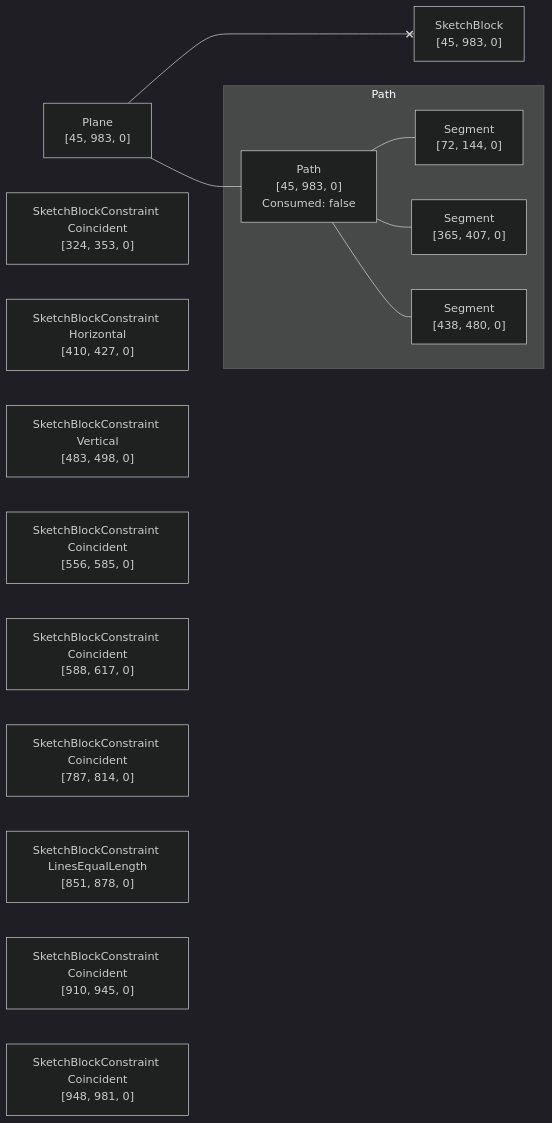
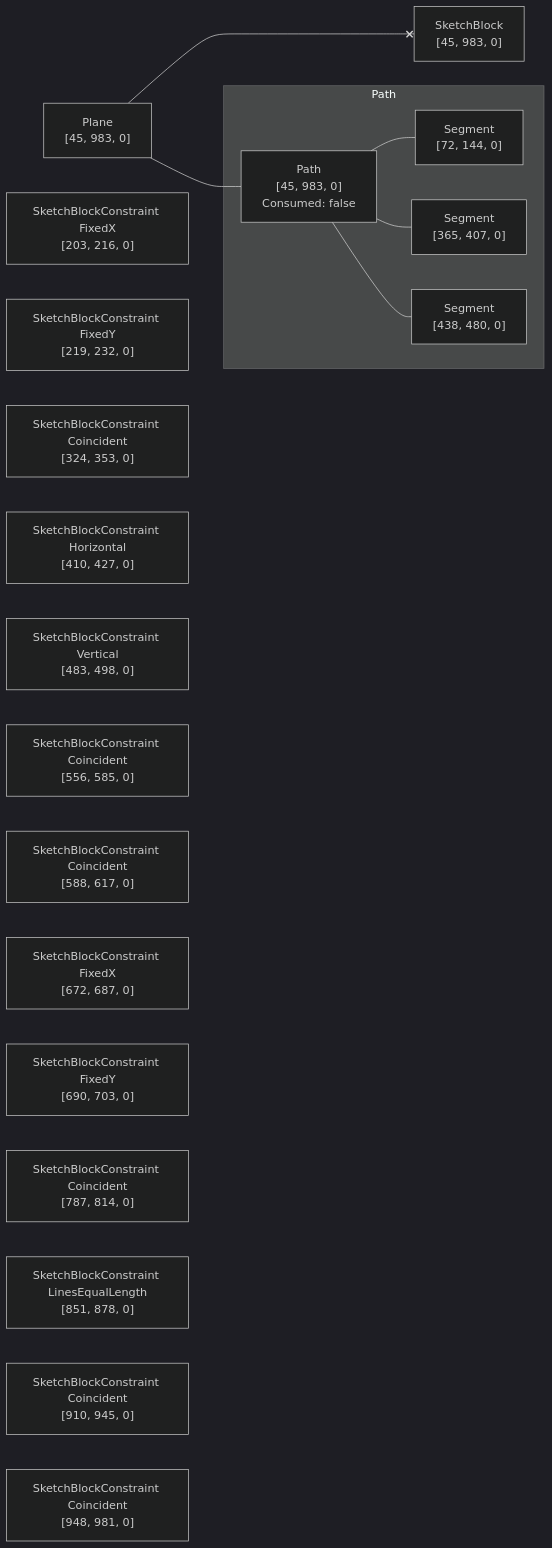
The diagram in rust/kcl-lib/tests/sketch_block_arc_using_center_coincident/artifact_graph_flowchart.snap.md (KittyCAD/modeling-app), drawn with Mermaid (dark theme) before and after one commit. The commit also changed 25 other files, not shown here.

````diff
--- a/rust/kcl-lib/tests/sketch_block_arc_using_center_coincident/artifact_graph_flowchart.snap.md
+++ b/rust/kcl-lib/tests/sketch_block_arc_using_center_coincident/artifact_graph_flowchart.snap.md
@@ -1,40 +1,48 @@
 ```mermaid
 flowchart LR
   subgraph path2 [Path]
     2["Path<br>[45, 983, 0]<br>Consumed: false"]
       %% [ProgramBodyItem { index: 0 }, VariableDeclarationDeclaration, VariableDeclarationInit, SketchBlock]
     3["Segment<br>[72, 144, 0]"]
       %% [ProgramBodyItem { index: 0 }, VariableDeclarationDeclaration, VariableDeclarationInit, SketchBlock]
     4["Segment<br>[365, 407, 0]"]
       %% [ProgramBodyItem { index: 0 }, VariableDeclarationDeclaration, VariableDeclarationInit, SketchBlock]
     5["Segment<br>[438, 480, 0]"]
       %% [ProgramBodyItem { index: 0 }, VariableDeclarationDeclaration, VariableDeclarationInit, SketchBlock]
   end
   1["Plane<br>[45, 983, 0]"]
     %% [ProgramBodyItem { index: 0 }, VariableDeclarationDeclaration, VariableDeclarationInit, SketchBlock]
   6["SketchBlock<br>[45, 983, 0]"]
     %% [ProgramBodyItem { index: 0 }, VariableDeclarationDeclaration, VariableDeclarationInit, SketchBlock]
-  7["SketchBlockConstraint Coincident<br>[324, 353, 0]"]
+  7["SketchBlockConstraint FixedX<br>[203, 216, 0]"]
     %% [ProgramBodyItem { index: 0 }, VariableDeclarationDeclaration, VariableDeclarationInit, SketchBlock]
-  8["SketchBlockConstraint Horizontal<br>[410, 427, 0]"]
+  8["SketchBlockConstraint FixedY<br>[219, 232, 0]"]
     %% [ProgramBodyItem { index: 0 }, VariableDeclarationDeclaration, VariableDeclarationInit, SketchBlock]
-  9["SketchBlockConstraint Vertical<br>[483, 498, 0]"]
+  9["SketchBlockConstraint Coincident<br>[324, 353, 0]"]
     %% [ProgramBodyItem { index: 0 }, VariableDeclarationDeclaration, VariableDeclarationInit, SketchBlock]
-  10["SketchBlockConstraint Coincident<br>[556, 585, 0]"]
+  10["SketchBlockConstraint Horizontal<br>[410, 427, 0]"]
     %% [ProgramBodyItem { index: 0 }, VariableDeclarationDeclaration, VariableDeclarationInit, SketchBlock]
-  11["SketchBlockConstraint Coincident<br>[588, 617, 0]"]
+  11["SketchBlockConstraint Vertical<br>[483, 498, 0]"]
     %% [ProgramBodyItem { index: 0 }, VariableDeclarationDeclaration, VariableDeclarationInit, SketchBlock]
-  12["SketchBlockConstraint Coincident<br>[787, 814, 0]"]
+  12["SketchBlockConstraint Coincident<br>[556, 585, 0]"]
     %% [ProgramBodyItem { index: 0 }, VariableDeclarationDeclaration, VariableDeclarationInit, SketchBlock]
-  13["SketchBlockConstraint LinesEqualLength<br>[851, 878, 0]"]
+  13["SketchBlockConstraint Coincident<br>[588, 617, 0]"]
     %% [ProgramBodyItem { index: 0 }, VariableDeclarationDeclaration, VariableDeclarationInit, SketchBlock]
-  14["SketchBlockConstraint Coincident<br>[910, 945, 0]"]
+  14["SketchBlockConstraint FixedX<br>[672, 687, 0]"]
     %% [ProgramBodyItem { index: 0 }, VariableDeclarationDeclaration, VariableDeclarationInit, SketchBlock]
-  15["SketchBlockConstraint Coincident<br>[948, 981, 0]"]
+  15["SketchBlockConstraint FixedY<br>[690, 703, 0]"]
+    %% [ProgramBodyItem { index: 0 }, VariableDeclarationDeclaration, VariableDeclarationInit, SketchBlock]
+  16["SketchBlockConstraint Coincident<br>[787, 814, 0]"]
+    %% [ProgramBodyItem { index: 0 }, VariableDeclarationDeclaration, VariableDeclarationInit, SketchBlock]
+  17["SketchBlockConstraint LinesEqualLength<br>[851, 878, 0]"]
+    %% [ProgramBodyItem { index: 0 }, VariableDeclarationDeclaration, VariableDeclarationInit, SketchBlock]
+  18["SketchBlockConstraint Coincident<br>[910, 945, 0]"]
+    %% [ProgramBodyItem { index: 0 }, VariableDeclarationDeclaration, VariableDeclarationInit, SketchBlock]
+  19["SketchBlockConstraint Coincident<br>[948, 981, 0]"]
     %% [ProgramBodyItem { index: 0 }, VariableDeclarationDeclaration, VariableDeclarationInit, SketchBlock]
   1 --- 2
   1 <--x 6
   2 --- 3
   2 --- 4
   2 --- 5
 ```
````
